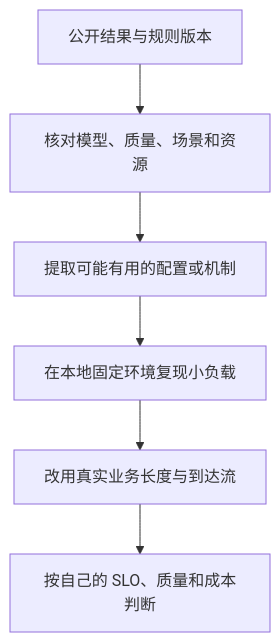
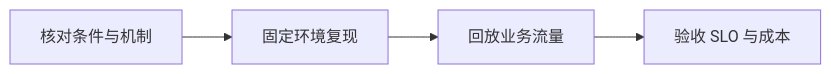
One commit to vinsonnnnn/AIInfraGuide changed the diagram in docs/guides/模块四-推理优化/第8章-性能分析与Benchmark/8.4-权威基准与结果解读.md. Above: the diagram before and after it, drawn with Mermaid. The commit also changed other lines of this file and 19 other files, not shown here.

````diff
--- a/docs/guides/模块四-推理优化/第8章-性能分析与Benchmark/8.4-权威基准与结果解读.md
+++ b/docs/guides/模块四-推理优化/第8章-性能分析与Benchmark/8.4-权威基准与结果解读.md
@@ -122,8 +131,6 @@
 ```mermaid
-graph TD
-    A["公开结果与规则版本"] --> B["核对模型、质量、场景和资源"]
-    B --> C["提取可能有用的配置或机制"]
-    C --> D["在本地固定环境复现小负载"]
-    D --> E["改用真实业务长度与到达流"]
-    E --> F["按自己的 SLO、质量和成本判断"]
+flowchart LR
+    A["核对条件与机制"] --> B["固定环境复现"]
+    B --> C["回放业务流量"]
+    C --> D["验收 SLO 与成本"]
 ```
````
